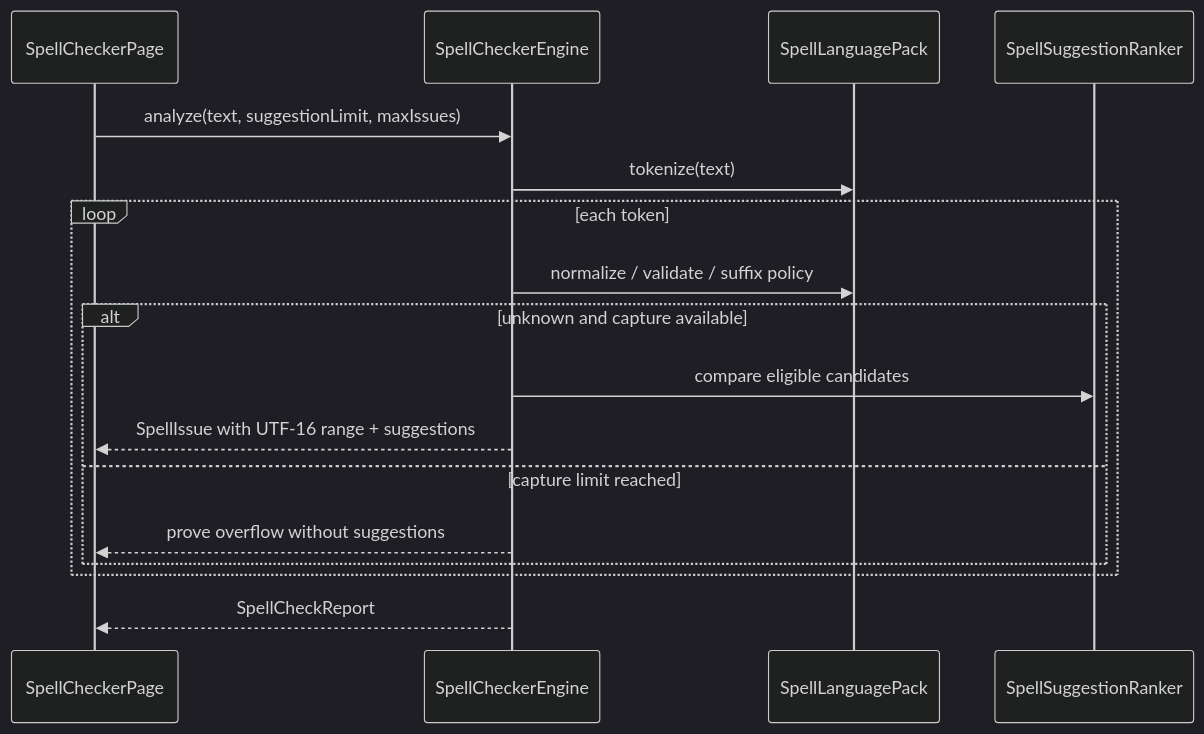
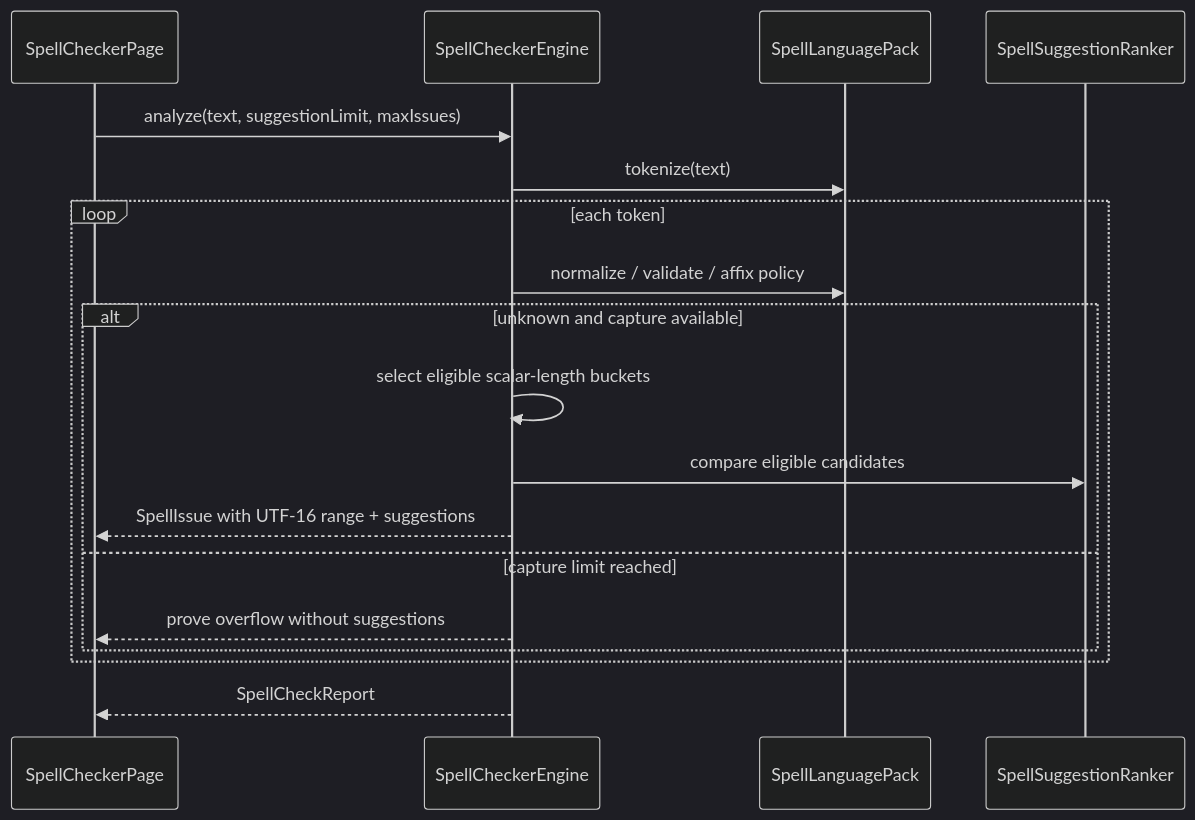
One commit to sanskarIN/SpellChecker changed the second of 2 diagrams in docs/ARCHITECTURE.md. Above: the diagram before and after it, drawn with Mermaid (dark theme). The commit also changed other lines of this file, not shown here.

Commit message:
docs(architecture): align V3.2 app and platform design

````diff
--- a/docs/ARCHITECTURE.md
+++ b/docs/ARCHITECTURE.md
@@ -145,20 +157,21 @@
 ```mermaid
 sequenceDiagram
   participant UI as SpellCheckerPage
   participant E as SpellCheckerEngine
   participant P as SpellLanguagePack
   participant R as SpellSuggestionRanker
 
   UI->>E: analyze(text, suggestionLimit, maxIssues)
   E->>P: tokenize(text)
   loop each token
-    E->>P: normalize / validate / suffix policy
+    E->>P: normalize / validate / affix policy
     alt unknown and capture available
+      E->>E: select eligible scalar-length buckets
       E->>R: compare eligible candidates
       E-->>UI: SpellIssue with UTF-16 range + suggestions
     else capture limit reached
       E-->>UI: prove overflow without suggestions
     end
   end
   E-->>UI: SpellCheckReport
 ```
````
